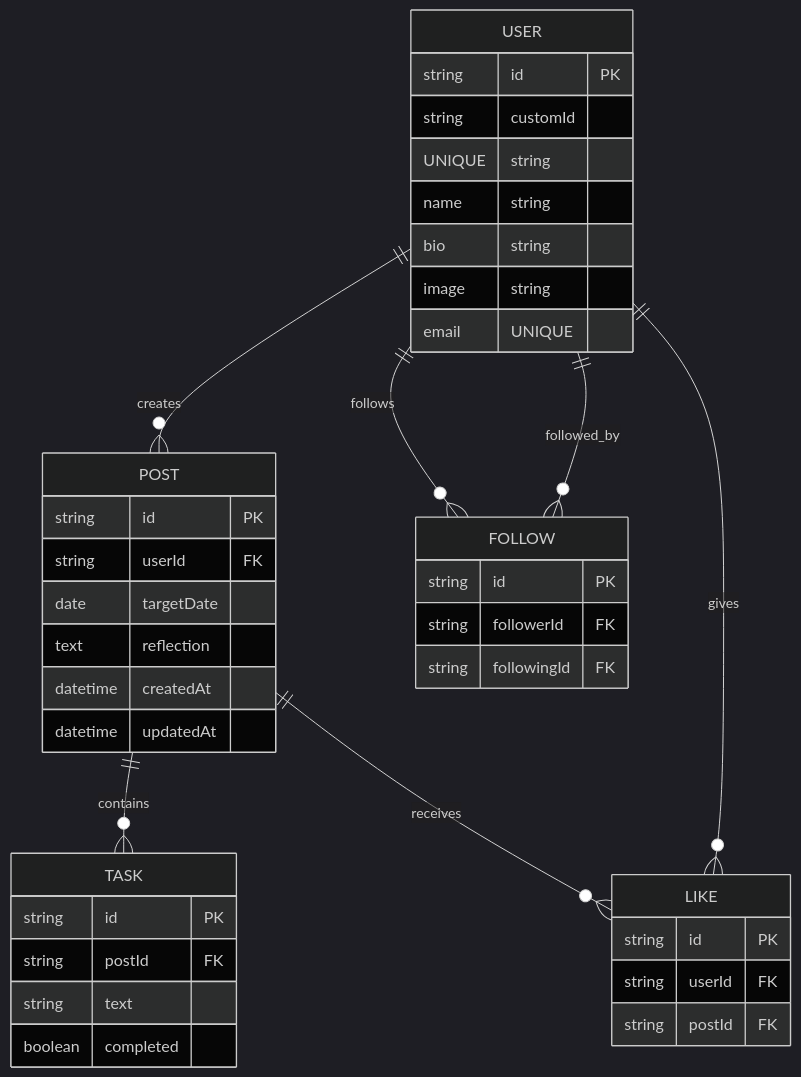
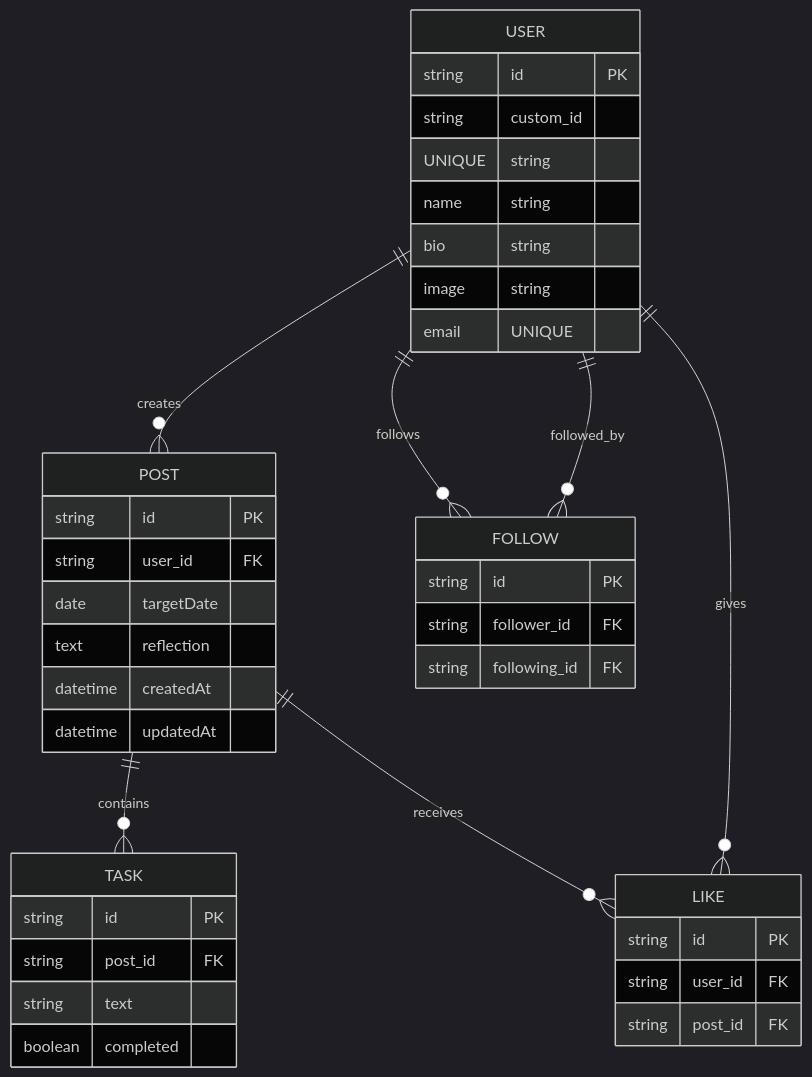
The diagram in README.md (awashimakentaro/kodo), drawn with Mermaid (dark theme) before and after one commit. The commit also changed other lines of this file and 18 other files, not shown here.

````diff
--- a/README.md
+++ b/README.md
@@ -1,46 +1,46 @@
 ```mermaid
 erDiagram
     USER ||--o{ POST : creates
     USER ||--o{ FOLLOW : follows
     USER ||--o{ FOLLOW : followed_by
     USER ||--o{ LIKE : gives
     POST ||--o{ TASK : contains
     POST ||--o{ LIKE : receives
 
     USER {
         string id PK
-        string customId UNIQUE
+        string custom_id UNIQUE
         string name
         string bio
         string image
         string email UNIQUE
     }
 
     POST {
         string id PK
-        string userId FK
+        string user_id FK
         date targetDate
         text reflection
         datetime createdAt
         datetime updatedAt
     }
 
     TASK {
         string id PK
-        string postId FK
+        string post_id FK
         string text
         boolean completed
     }
 
     FOLLOW {
         string id PK
-        string followerId FK
-        string followingId FK
+        string follower_id FK
+        string following_id FK
     }
 
     LIKE {
         string id PK
-        string userId FK
-        string postId FK
+        string user_id FK
+        string post_id FK
     }
 ```
````
